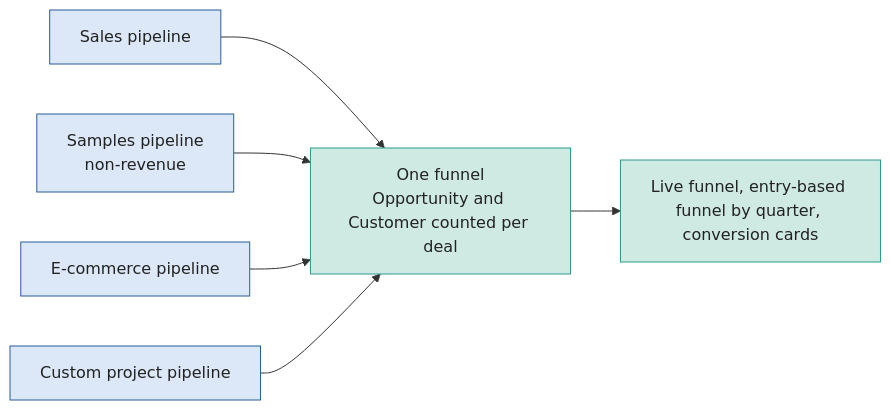
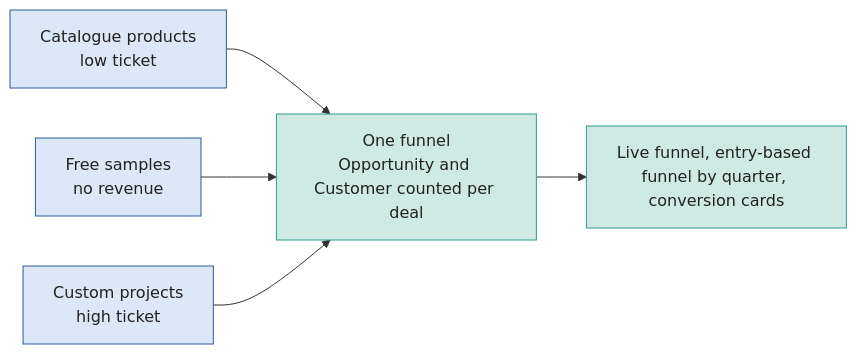
The second of 2 diagrams in 11-pipeline-health-analysis/diagrams/lifecycle_and_pipelines.md (rbanola1/RevOps-Portfolio), drawn with Mermaid before and after one commit. The commit also changed other lines of this file and 105 other files, not shown here.

Commit message:
One company profile (about 3.8M revenue, catalogue plus custom projects, three pipelines) with consistent numbers across projects

````diff
--- a/11-pipeline-health-analysis/diagrams/lifecycle_and_pipelines.md
+++ b/11-pipeline-health-analysis/diagrams/lifecycle_and_pipelines.md
@@ -20,12 +20,11 @@
 ```mermaid
 flowchart LR
-    P1["Sales pipeline"] --> F["One funnel<br>Opportunity and Customer counted per deal"]
-    P2["Samples pipeline<br>non-revenue"] --> F
-    P3["E-commerce pipeline"] --> F
-    P4["Custom project pipeline"] --> F
+    P1["Catalogue products<br>low ticket"] --> F["One funnel<br>Opportunity and Customer counted per deal"]
+    P2["Free samples<br>no revenue"] --> F
+    P4["Custom projects<br>high ticket"] --> F
     F --> R["Live funnel, entry-based funnel by quarter, conversion cards"]
     classDef a fill:#DCE8F7,stroke:#2B5C9E,color:#222
     classDef g fill:#CFE9E3,stroke:#2A9D8F,color:#222
-    class P1,P2,P3,P4 a
+    class P1,P2,P4 a
     class F,R g
 ```
````
